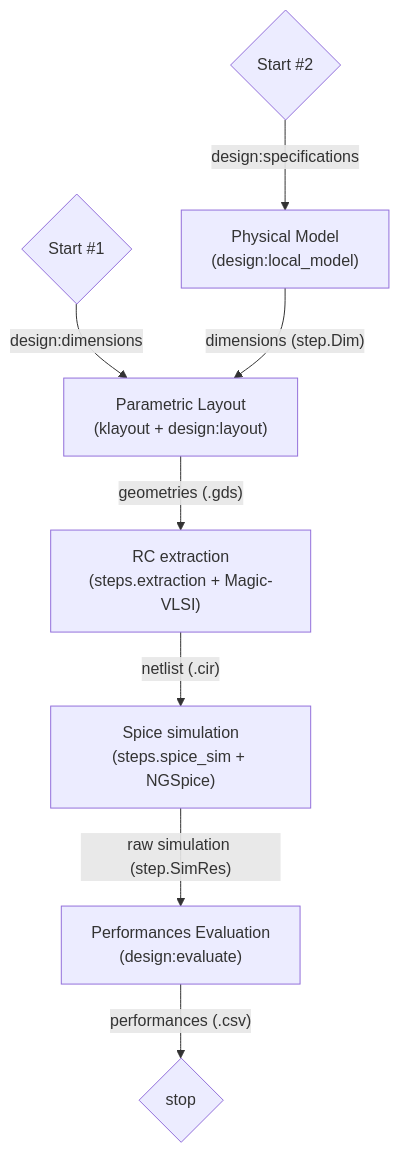
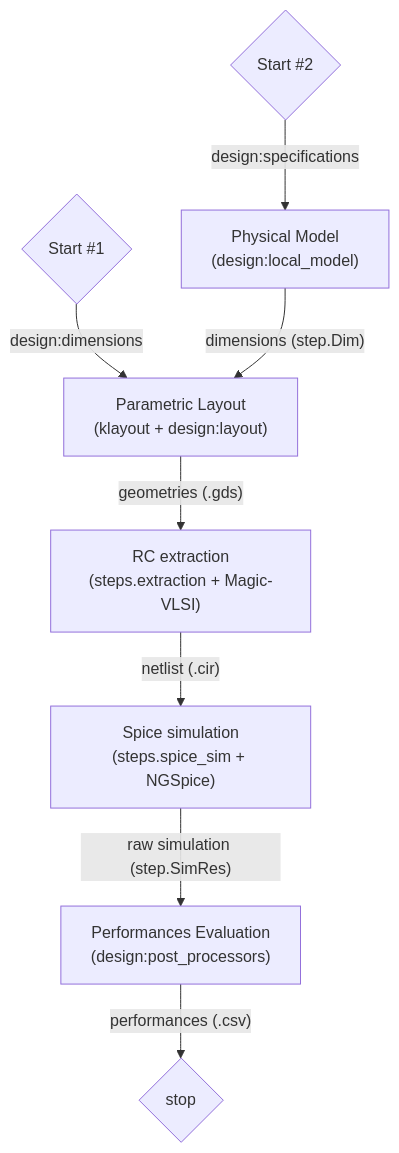
One commit to Patarimi/haadic changed the diagram in docs/README.md. Above: the diagram before and after it, drawn with Mermaid. The commit also changed 2 other files, not shown here.

Commit message:
rename evaluator to post-processors

````diff
--- a/docs/README.md
+++ b/docs/README.md
@@ -24,23 +24,23 @@
 ```mermaid
 flowchart TD
     s1{Start #2}
     s2{Start #1}
     app["Physical Model
 (design:local_model)"]
     pl["Parametric Layout
 (klayout + design:layout)"]
     be_ext["RC extraction
 (steps.extraction + Magic-VLSI)"]
     sim["Spice simulation
 (steps.spice_sim + NGSpice)"]
     spec["Performances Evaluation
-(design:evaluate)"]
+(design:post_processors)"]
 
     s1 -- "design:specifications" --> app
     s2 -- "design:dimensions" --> pl
     app --"dimensions (step.Dim)" --> pl
     pl --"geometries (.gds)" --> be_ext
     be_ext --"netlist (.cir)" --> sim
     sim --"raw simulation (step.SimRes)" --> spec
     spec --"performances (.csv)" --> st{stop}
 ```
````
